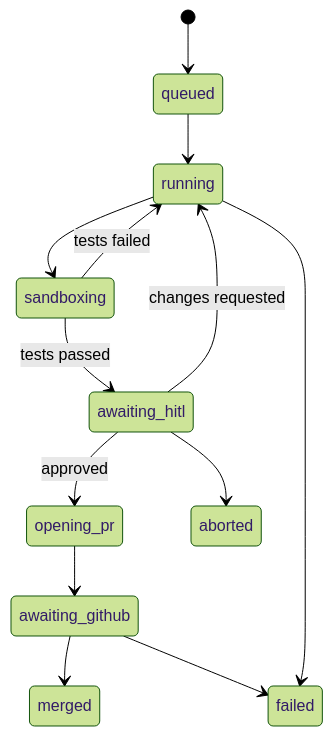
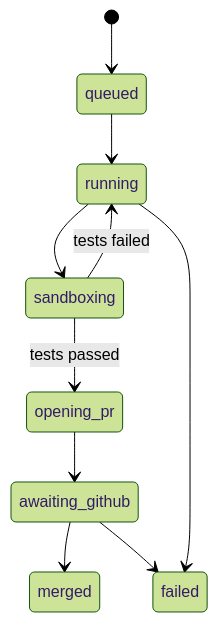
The third of 6 diagrams in docs/backend-architecture.md (Yuvansh1234/adamant), drawn with Mermaid (forest theme) before and after one commit. The commit also changed other lines of this file and 11 other files, not shown here.

````diff
--- a/docs/backend-architecture.md
+++ b/docs/backend-architecture.md
@@ -135,15 +218,12 @@
 ```mermaid
 stateDiagram-v2
   [*] --> queued
   queued --> running
   running --> sandboxing
   sandboxing --> running: tests failed
-  sandboxing --> awaiting_hitl: tests passed
-  awaiting_hitl --> running: changes requested
-  awaiting_hitl --> opening_pr: approved
-  awaiting_hitl --> aborted
+  sandboxing --> opening_pr: tests passed
   opening_pr --> awaiting_github
   awaiting_github --> merged
   awaiting_github --> failed
   running --> failed
 ```
````
